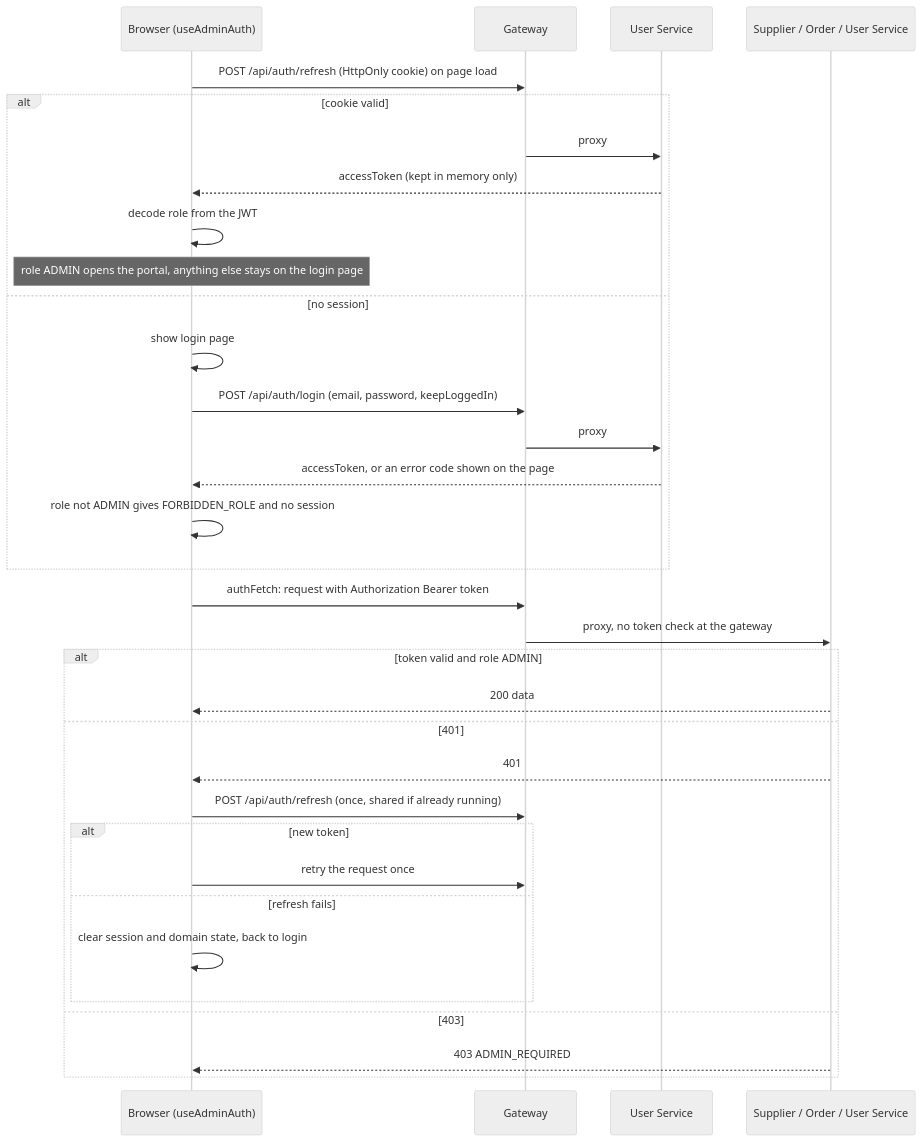
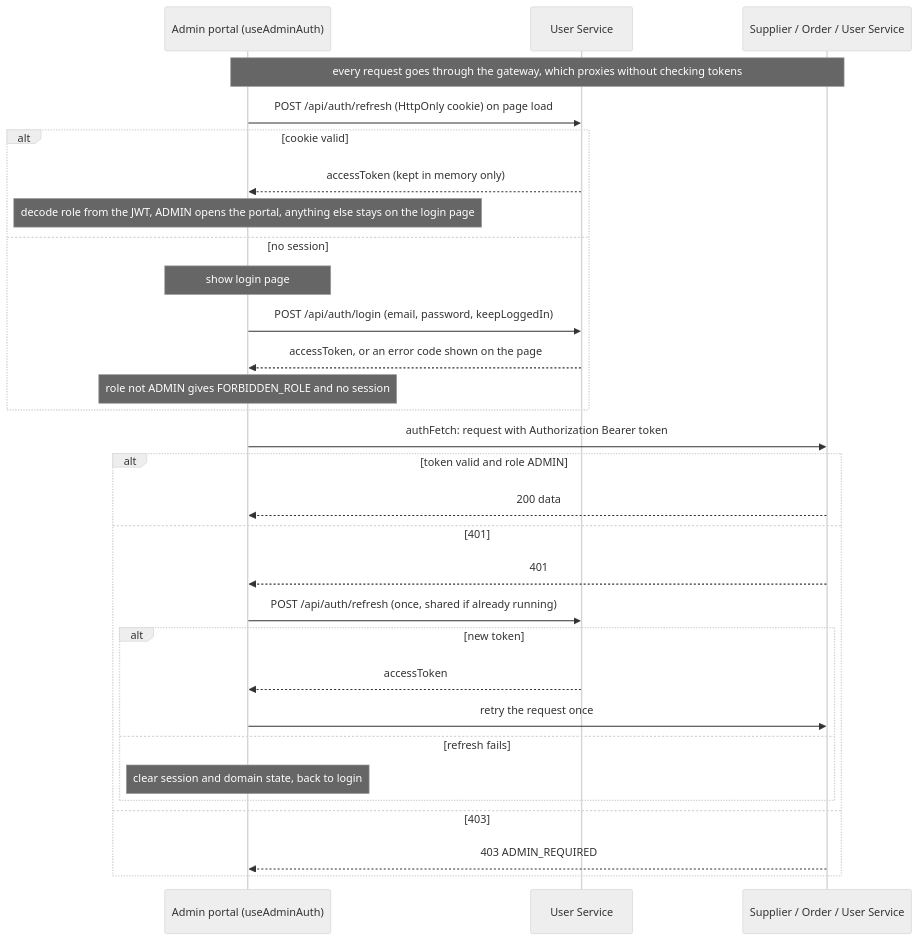
One commit to AY2627S1-CS3219-P25/friend-on-campus changed the sixth of 8 diagrams in docs/frontend/README.md. Above: the diagram before and after it, drawn with Mermaid (neutral theme). The commit also changed other lines of this file and 7 other files, not shown here.

Commit message:
Adds SoC LLM Flow diagram, legends in digrams all services diagrams

````diff
--- a/docs/frontend/README.md
+++ b/docs/frontend/README.md
@@ -306,35 +306,32 @@
 ```mermaid
 sequenceDiagram
-  participant B as Browser (useAdminAuth)
-  participant GW as Gateway
+  participant B as Admin portal (useAdminAuth)
   participant US as User Service
   participant SV as Supplier / Order / User Service
-  B->>GW: POST /api/auth/refresh (HttpOnly cookie) on page load
+  Note over B,SV: every request goes through the gateway, which proxies without checking tokens
+  B->>US: POST /api/auth/refresh (HttpOnly cookie) on page load
   alt cookie valid
-    GW->>US: proxy
     US-->>B: accessToken (kept in memory only)
-    B->>B: decode role from the JWT
-    Note over B: role ADMIN opens the portal, anything else stays on the login page
+    Note over B: decode role from the JWT, ADMIN opens the portal, anything else stays on the login page
   else no session
-    B->>B: show login page
-    B->>GW: POST /api/auth/login (email, password, keepLoggedIn)
-    GW->>US: proxy
+    Note over B: show login page
+    B->>US: POST /api/auth/login (email, password, keepLoggedIn)
     US-->>B: accessToken, or an error code shown on the page
-    B->>B: role not ADMIN gives FORBIDDEN_ROLE and no session
+    Note over B: role not ADMIN gives FORBIDDEN_ROLE and no session
   end
-  B->>GW: authFetch: request with Authorization Bearer token
-  GW->>SV: proxy, no token check at the gateway
+  B->>SV: authFetch: request with Authorization Bearer token
   alt token valid and role ADMIN
     SV-->>B: 200 data
   else 401
     SV-->>B: 401
-    B->>GW: POST /api/auth/refresh (once, shared if already running)
+    B->>US: POST /api/auth/refresh (once, shared if already running)
     alt new token
-      B->>GW: retry the request once
+      US-->>B: accessToken
+      B->>SV: retry the request once
     else refresh fails
-      B->>B: clear session and domain state, back to login
+      Note over B: clear session and domain state, back to login
     end
   else 403
     SV-->>B: 403 ADMIN_REQUIRED
   end
 ```
````
